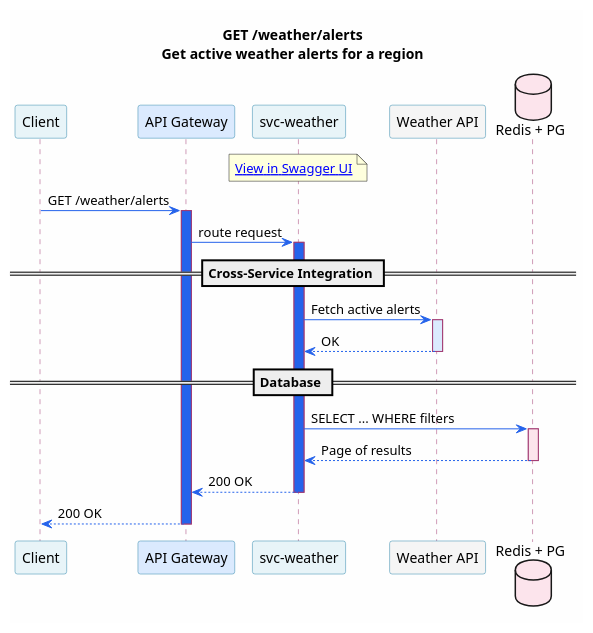
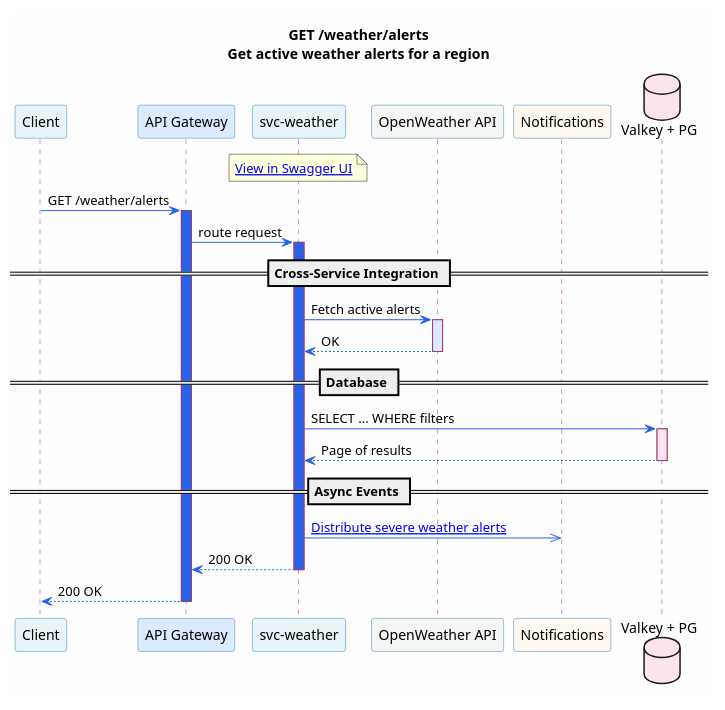
One commit to christopherblaisdell/continuous-architecture-platform-poc changed the diagram in portal/site/microservices/puml/svc-weather--get-weather-alerts.puml. Above: the diagram before and after it, drawn with PlantUML. The commit also changed 188 other files, not shown here.

Commit message:
added more complex sequence diagrams

```diff
--- a/portal/site/microservices/puml/svc-weather--get-weather-alerts.puml
+++ b/portal/site/microservices/puml/svc-weather--get-weather-alerts.puml
@@ -1,53 +1,58 @@
 @startuml svc-weather--get-weather-alerts
 
 skinparam backgroundColor #FEFEFE
 skinparam shadowing false
 skinparam defaultFontName "Segoe UI"
 skinparam sequence {
     ArrowColor #2563eb
     ParticipantBorderColor #2E86AB
     ParticipantBackgroundColor #E8F4F8
     LifeLineBorderColor #A23B72
     BoxBorderColor #F18F01
     BoxBackgroundColor #FFF8F0
     NoteBorderColor #c77b30
     NoteBackgroundColor #FEF3E7
 }
 
 title GET /weather/alerts\nGet active weather alerts for a region
 
 participant "Client" as Client
 participant "API Gateway" as GW #DBEAFE
 participant "svc-weather" as Svc [[/microservices/svc-weather/]] #E8F4F8
-participant "Weather API" as ExtWx #F5F5F5
-database "Redis + PG" as DB #FCE4EC
+participant "OpenWeather API" as ExtWx #F5F5F5
+participant "Notifications" as Ntfy [[/microservices/svc-notifications/]] #FFF8F0
+database "Valkey + PG" as DB #FCE4EC
 
 note over Svc
   [[/services/api/svc-weather.html#/Alerts/getWeatherAlerts View in Swagger UI]]
 end note
 
 Client -> GW : GET /weather/alerts
 activate GW #2563eb
 GW -> Svc : route request
 activate Svc #2563eb
 
 == Cross-Service Integration ==
 
 Svc -> ExtWx : Fetch active alerts
 activate ExtWx #DBEAFE
 ExtWx --> Svc : OK
 deactivate ExtWx
 
 == Database ==
 
 Svc -> DB : SELECT ... WHERE filters
 activate DB #FCE4EC
 DB --> Svc : Page of results
 deactivate DB
 
+== Async Events ==
+
+Svc ->> Ntfy : [[/microservices/svc-notifications/#post-notifications-send-a-notification Distribute severe weather alerts]]
+
 Svc --> GW : 200 OK
 deactivate Svc
 GW --> Client : 200 OK
 deactivate GW
 
 @enduml
```
